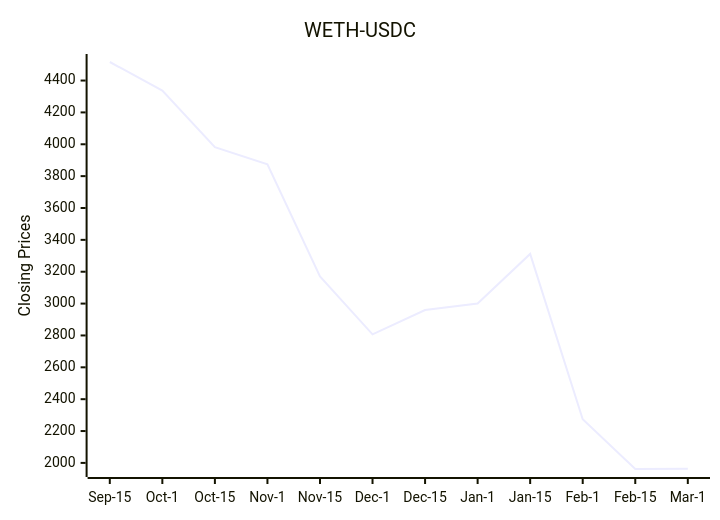
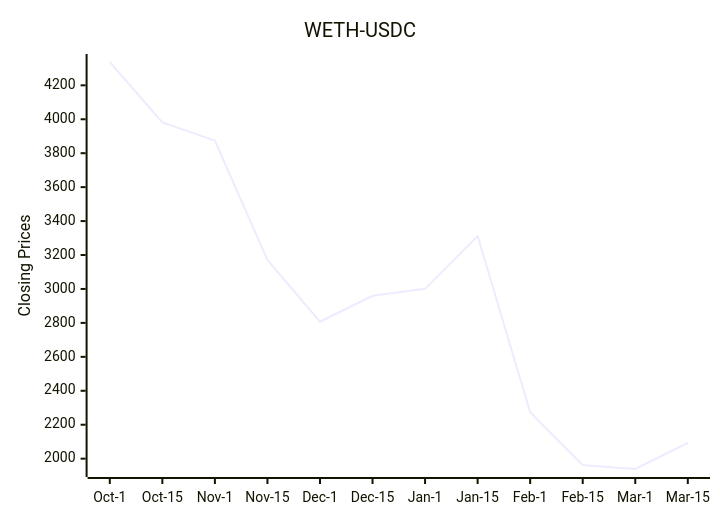
The diagram in README.md (bicced/ReadmeCryptoPriceChart), drawn with Mermaid before and after one commit.

Commit message:
Update README with latest DEX data

````diff
--- a/README.md
+++ b/README.md
@@ -6,7 +6,7 @@
 ```mermaid
 xychart-beta
   title "WETH-USDC"
-  x-axis [Sep-15,Oct-1,Oct-15,Nov-1,Nov-15,Dec-1,Dec-15,Jan-1,Jan-15,Feb-1,Feb-15,Mar-1]
-  y-axis "Closing Prices" 1961.76630440433 --> 4516.39403113754
-  line [4516.39403113754,4337.4165948864,3981.40087035479,3874.8082284479,3170.25621083736,2806.91719695467,2959.74010356289,3000.67820680034,3311.65440575894,2273.66104115322,1961.76630440433,1963.34037508281]
+  x-axis [Oct-1,Oct-15,Nov-1,Nov-15,Dec-1,Dec-15,Jan-1,Jan-15,Feb-1,Feb-15,Mar-1,Mar-15]
+  y-axis "Closing Prices" 1939.10322356354 --> 4337.4165948864
+  line [4337.4165948864,3981.40087035479,3874.8082284479,3170.25621083736,2806.91719695467,2959.74010356289,3000.67820680034,3311.65440575894,2273.66104115322,1961.76630440433,1939.10322356354,2092.5063847445]
 ```
````
